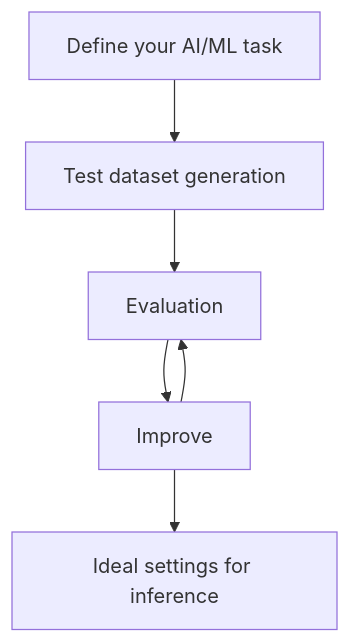
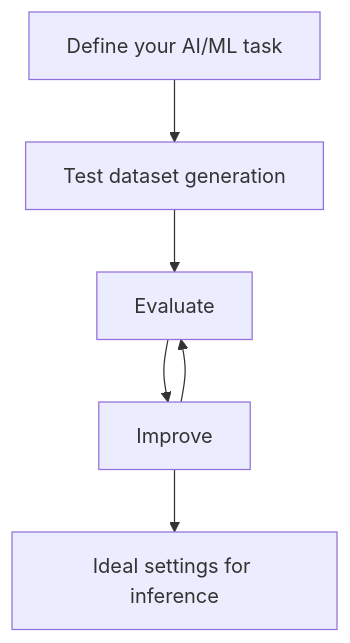
The first of 2 diagrams in README.md (YiVal/YiVal), drawn with Mermaid before and after one commit.

````diff
--- a/README.md
+++ b/README.md
@@ -29,9 +29,9 @@
 ```mermaid
 %%{init: { 'theme': 'default', 'flowchart': { 'htmlLabels': false, 'width': '50px', 'height': '50px' } }}%%
 graph TD
     A[Define your AI/ML task] --> B[Test dataset generation]
-    B --> C[Evaluation]
+    B --> C[Evaluate]
     C --> D[Improve]
     D --> C
     D --> E[Ideal settings for inference]
 ```
````
